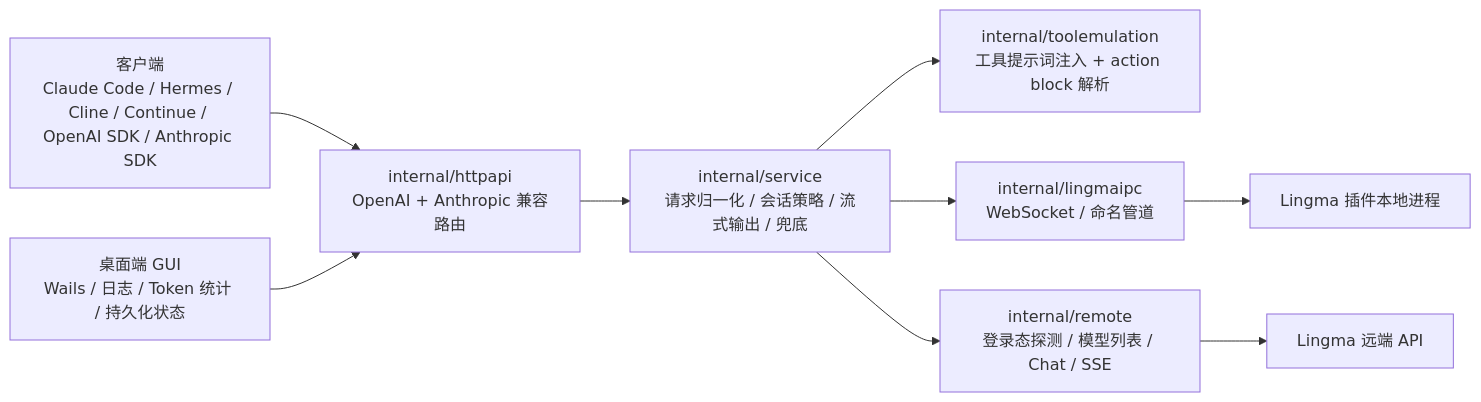
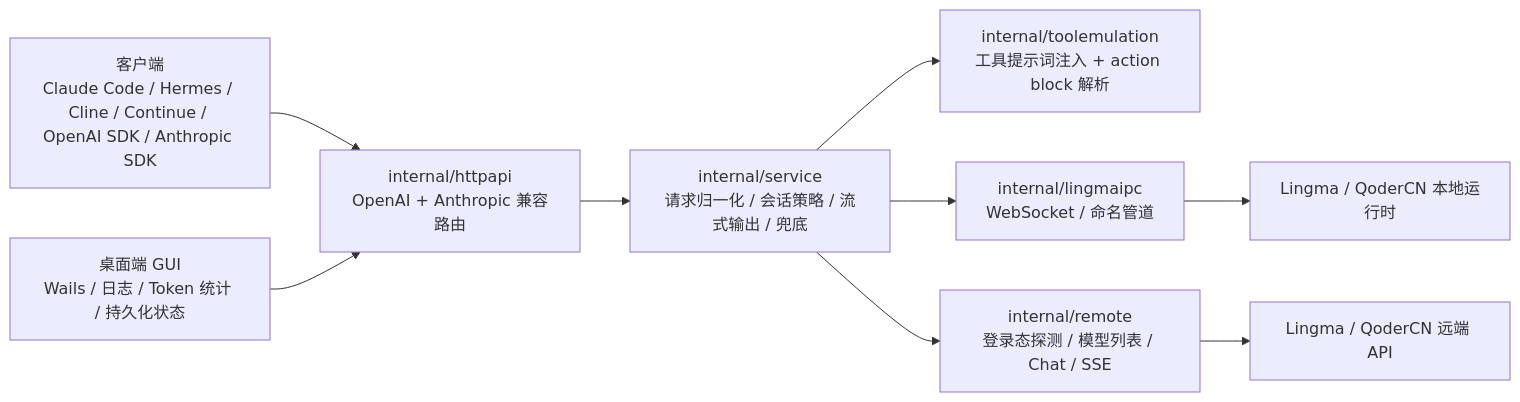
Before and after one commit to Lutiancheng1/lingma-proxy: the first of 4 diagrams in docs/architecture.zh-CN.md, drawn with Mermaid. The commit also changed other lines of this file and 30 other files, not shown here.

````diff
--- a/docs/architecture.zh-CN.md
+++ b/docs/architecture.zh-CN.md
@@ -12,21 +12,21 @@
 ```mermaid
 flowchart LR
     A["客户端<br/>Claude Code / Hermes / Cline / Continue / OpenAI SDK / Anthropic SDK"]
     B["internal/httpapi<br/>OpenAI + Anthropic 兼容路由"]
     C["internal/service<br/>请求归一化 / 会话策略 / 流式输出 / 兜底"]
     D["internal/toolemulation<br/>工具提示词注入 + action block 解析"]
     E["internal/lingmaipc<br/>WebSocket / 命名管道"]
     F["internal/remote<br/>登录态探测 / 模型列表 / Chat / SSE"]
-    G["Lingma 插件本地进程"]
-    H["Lingma 远端 API"]
+    G["Lingma / QoderCN 本地运行时"]
+    H["Lingma / QoderCN 远端 API"]
     I["桌面端 GUI<br/>Wails / 日志 / Token 统计 / 持久化状态"]
 
     A --> B
     I --> B
     B --> C
     C --> D
     C --> E
     C --> F
     E --> G
     F --> H
 ```
````
